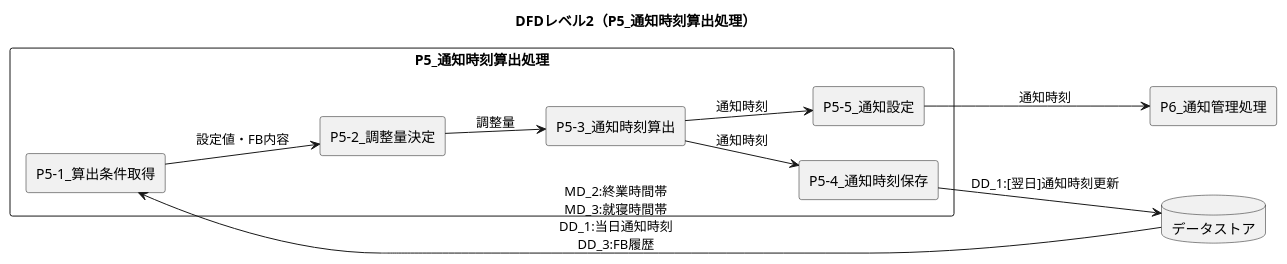
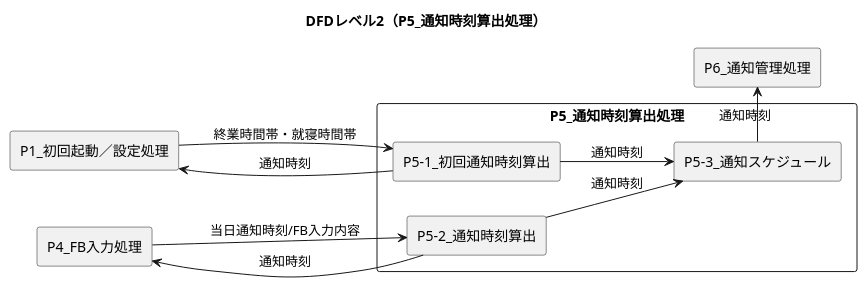
The diagram in assets/specifications/詳細設計/DFD/DFD2_P5.pu (akamatrixxx/justtime), drawn with PlantUML before and after one commit. The commit also changed 8 other files, not shown here.

```diff
--- a/assets/specifications/詳細設計/DFD/DFD2_P5.pu
+++ b/assets/specifications/詳細設計/DFD/DFD2_P5.pu
@@ -1,31 +1,30 @@
 @startuml
 title DFDレベル2（P5_通知時刻算出処理）
 
 left to right direction
 
-database "データストア" as DB
+
+rectangle P5 as "P5_通知時刻算出処理" {
+  rectangle P5_1 as "P5-1_初回通知時刻算出"
+  rectangle P5_2 as "P5-2_通知時刻算出"
+  rectangle P5_3 as "P5-3_通知スケジュール"
+}
+
+rectangle P1 as "P1_初回起動／設定処理"
+rectangle P4 as "P4_FB入力処理"
 rectangle P6 as "P6_通知管理処理"
 
-rectangle P5 as "P5_通知時刻算出処理" {
-  rectangle P5_1 as "P5-1_算出条件取得"
-  rectangle P5_2 as "P5-2_調整量決定"
-  rectangle P5_3 as "P5-3_通知時刻算出"
-  rectangle P5_4 as "P5-4_通知時刻保存"
-  rectangle P5_5 as "P5-5_通知設定"
-
-}
 
 ' ===== データ取得 =====
-DB --> P5_1 : MD_2:終業時間帯\nMD_3:就寝時間帯\nDD_1:当日通知時刻\nDD_3:FB履歴
+P1 --> P5_1 :終業時間帯・就寝時間帯
+P4 --> P5_2 : 当日通知時刻/FB入力内容
 
 ' ===== プロセス間連携 =====
-P5_1 --> P5_2 : 設定値・FB内容
-P5_2 --> P5_3 : 調整量
-P5_3 --> P5_4 : 通知時刻
-P5_3 --> P5_5 : 通知時刻
+P5_1 --> P5_3 : 通知時刻
+P5_1 --> P1 : 通知時刻
+P5_2 --> P5_3 : 通知時刻
+P5_2 --> P4 : 通知時刻
 
-' ===== データ保存 =====
-P5_4 --> DB : DD_1:[翌日]通知時刻更新
-P5_5 --> P6 : 通知時刻
+P5_3 -> P6 : 通知時刻
 
 @enduml
```
